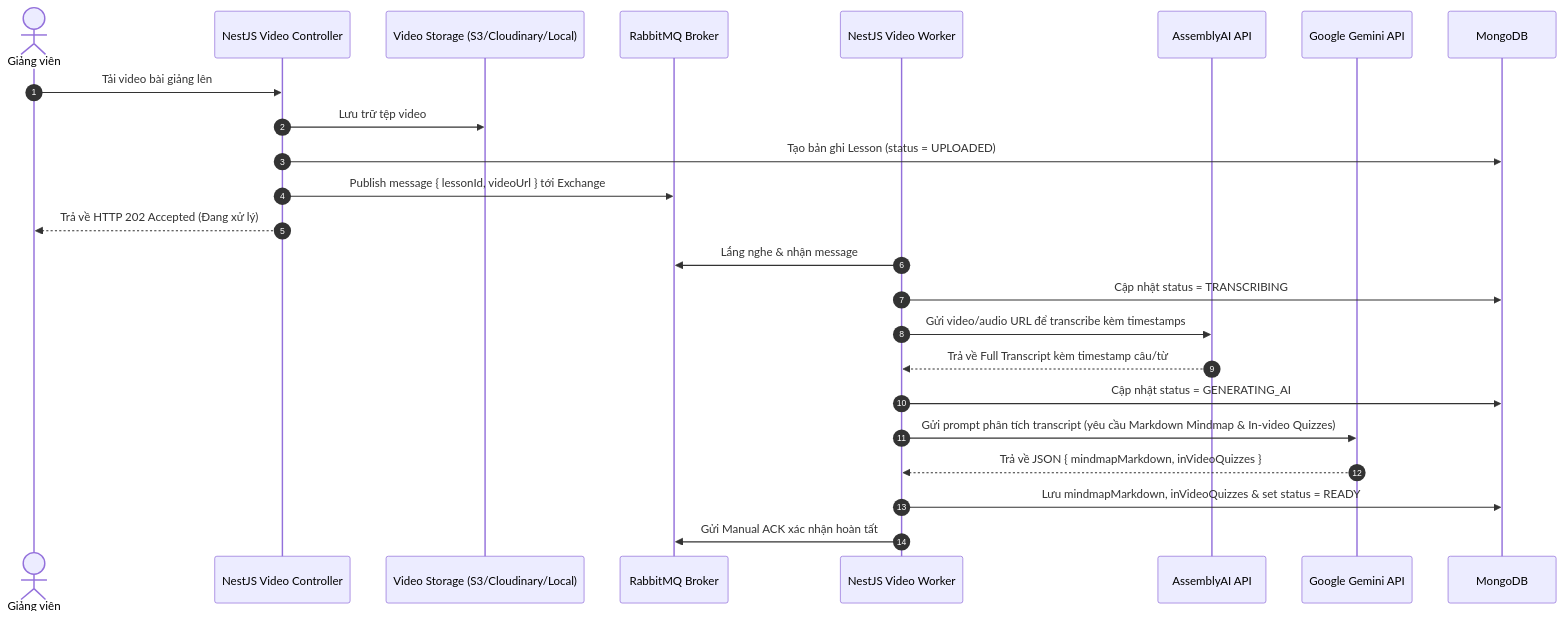
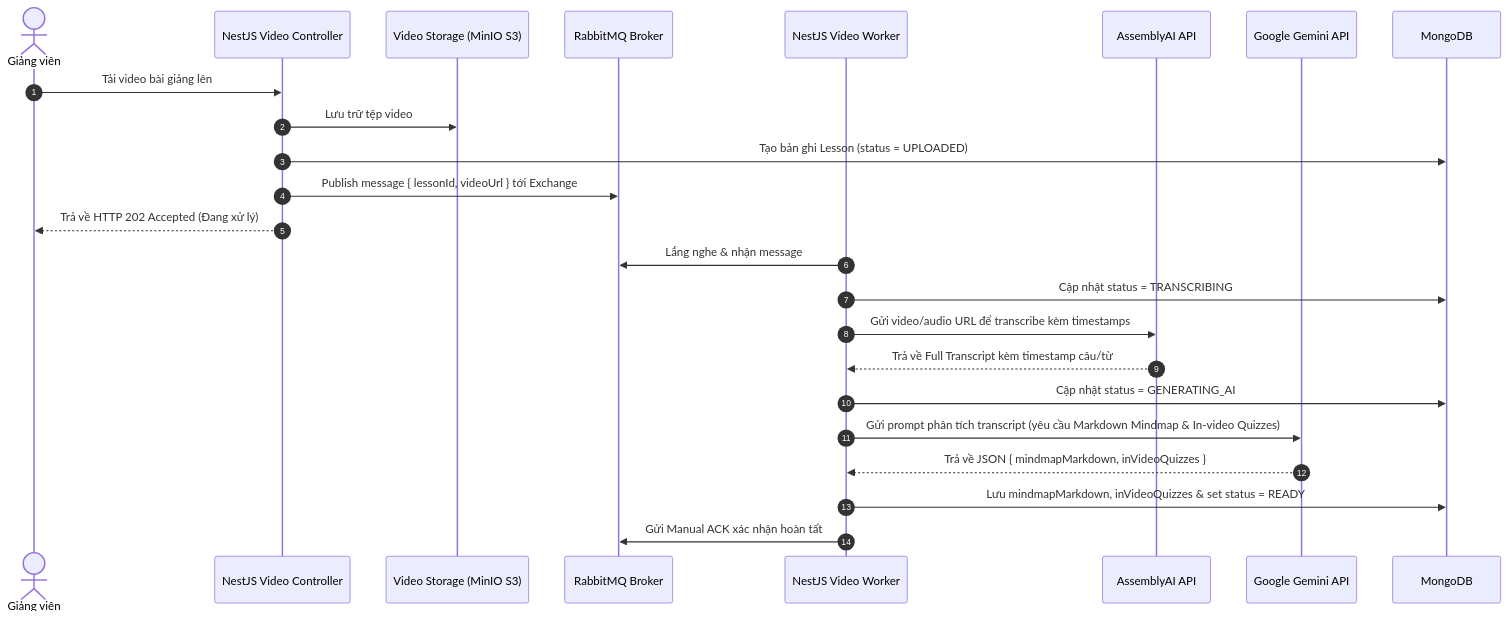
Before and after one commit to hongcuongtrinh180404/Do_an_tot_nghiep: the diagram in a-agentic/features/ai-video-pipeline/rules-and-flows.md, drawn with Mermaid. The commit also changed 47 other files, not shown here.

Commit message:
feat(env): remove Cloudinary, using MinIO instead, docker compose

````diff
--- a/a-agentic/features/ai-video-pipeline/rules-and-flows.md
+++ b/a-agentic/features/ai-video-pipeline/rules-and-flows.md
@@ -9,30 +9,30 @@
 ```mermaid
 sequenceDiagram
     autonumber
     actor Instructor as Giảng viên
     participant API as NestJS Video Controller
-    participant Storage as Video Storage (S3/Cloudinary/Local)
+    participant Storage as Video Storage (MinIO S3)
     participant Broker as RabbitMQ Broker
     participant Consumer as NestJS Video Worker
     participant AAI as AssemblyAI API
     participant Gemini as Google Gemini API
     participant DB as MongoDB
 
     Instructor->>API: Tải video bài giảng lên
     API->>Storage: Lưu trữ tệp video
     API->>DB: Tạo bản ghi Lesson (status = UPLOADED)
     API->>Broker: Publish message { lessonId, videoUrl } tới Exchange
     API-->>Instructor: Trả về HTTP 202 Accepted (Đang xử lý)
 
     Consumer->>Broker: Lắng nghe & nhận message
     Consumer->>DB: Cập nhật status = TRANSCRIBING
     Consumer->>AAI: Gửi video/audio URL để transcribe kèm timestamps
     AAI-->>Consumer: Trả về Full Transcript kèm timestamp câu/từ
 
     Consumer->>DB: Cập nhật status = GENERATING_AI
     Consumer->>Gemini: Gửi prompt phân tích transcript (yêu cầu Markdown Mindmap & In-video Quizzes)
     Gemini-->>Consumer: Trả về JSON { mindmapMarkdown, inVideoQuizzes }
 
     Consumer->>DB: Lưu mindmapMarkdown, inVideoQuizzes & set status = READY
     Consumer->>Broker: Gửi Manual ACK xác nhận hoàn tất
 ```
````
